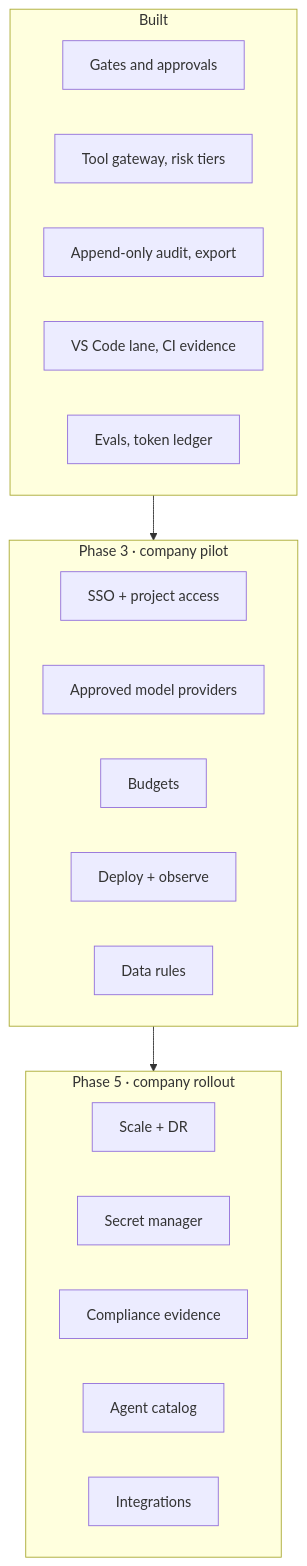
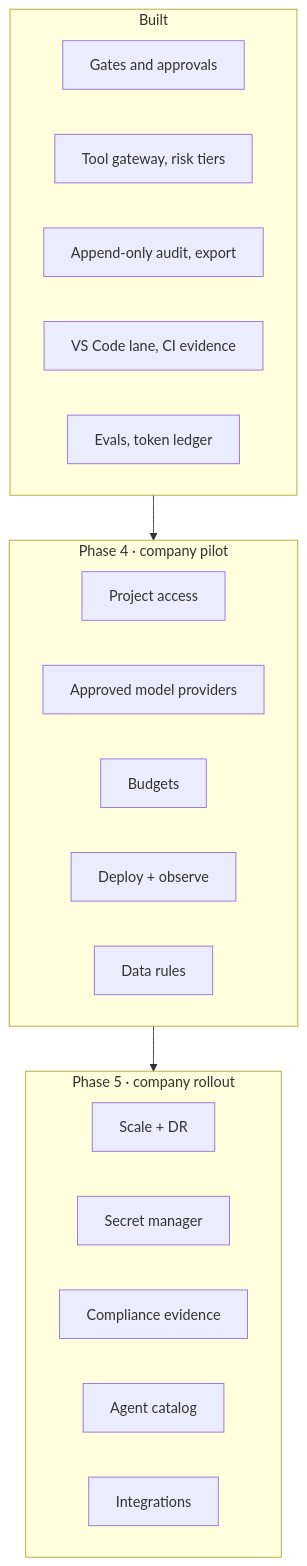
Before and after one commit to HasithaErandika/aura: the fourth of 5 diagrams in docs/plans/aura-git-control-plane.md, drawn with Mermaid. The commit also changed other lines of this file and 2 other files, not shown here.

First line of the commit message:
docs: put the delivery loop before the pilot and drop SSO from it

````diff
--- a/docs/plans/aura-git-control-plane.md
+++ b/docs/plans/aura-git-control-plane.md
@@ -137,25 +180,25 @@
 ```mermaid
 flowchart TD
     subgraph TODAY["Built"]
         T1["Gates and approvals"]
         T2["Tool gateway, risk tiers"]
         T3["Append-only audit, export"]
         T4["VS Code lane, CI evidence"]
         T5["Evals, token ledger"]
     end
-    subgraph PILOT["Phase 3 · company pilot"]
-        P1["SSO + project access"]
+    subgraph PILOT["Phase 4 · company pilot"]
+        P1["Project access"]
         P2["Approved model providers"]
         P3["Budgets"]
         P4["Deploy + observe"]
         P5["Data rules"]
     end
     subgraph ROLLOUT["Phase 5 · company rollout"]
         R1["Scale + DR"]
         R2["Secret manager"]
         R3["Compliance evidence"]
         R4["Agent catalog"]
         R5["Integrations"]
     end
     TODAY --> PILOT --> ROLLOUT
 ```
````
